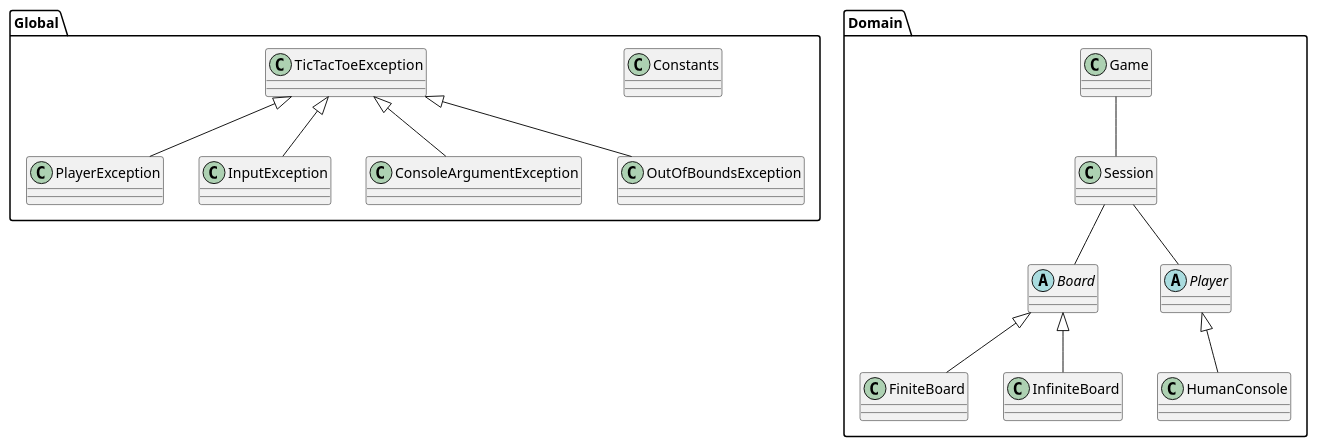
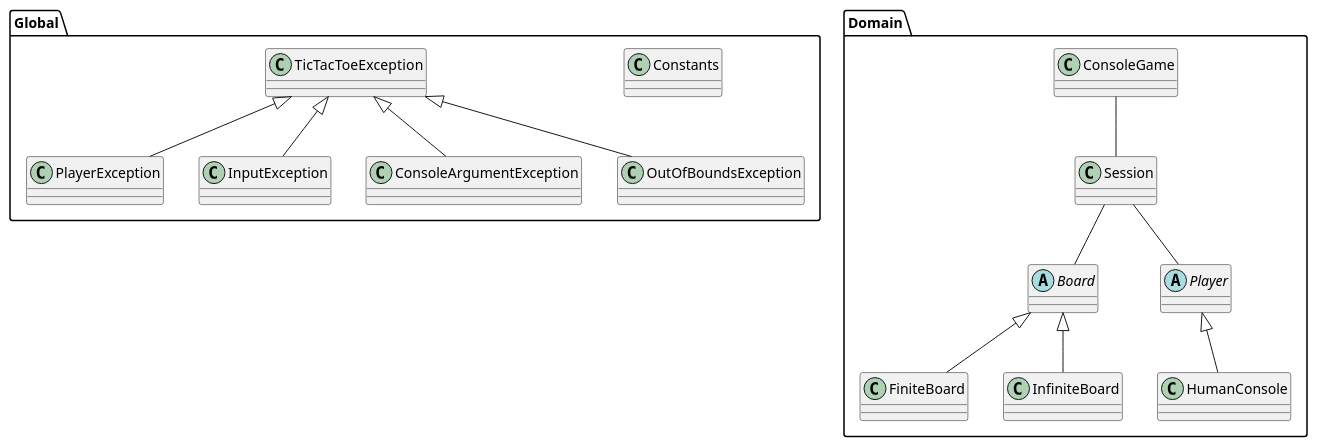
Before and after one commit to ejdam87/AI-tic-tac-toe: the diagram in Diagrams/design.puml, drawn with PlantUML. The commit also changed 1 other file, not shown here.

Commit message:
Rename Console

```diff
--- a/Diagrams/design.puml
+++ b/Diagrams/design.puml
@@ -1,38 +1,38 @@
 @startuml
 
 package Global
 {
     class Constants
     class TicTacToeException
     class PlayerException
     class InputException
     class ConsoleArgumentException
     class OutOfBoundsException
 }
 
 package Domain
 {
     class Session
-    class Game
+    class ConsoleGame
     abstract class Board
     abstract class Player
 
     class FiniteBoard
     class InfiniteBoard
     class HumanConsole
 }
 
 Board <|-- FiniteBoard
 Board <|-- InfiniteBoard
 Player <|-- HumanConsole
 
 TicTacToeException <|-- InputException
 TicTacToeException <|-- OutOfBoundsException
 TicTacToeException <|-- ConsoleArgumentException
 TicTacToeException <|-- PlayerException
 
 Session -- Player
 Session -- Board
-Game -- Session
+ConsoleGame -- Session
 
 @enduml
```
